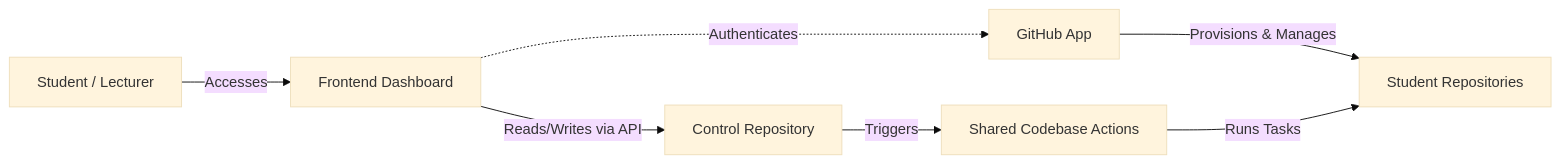
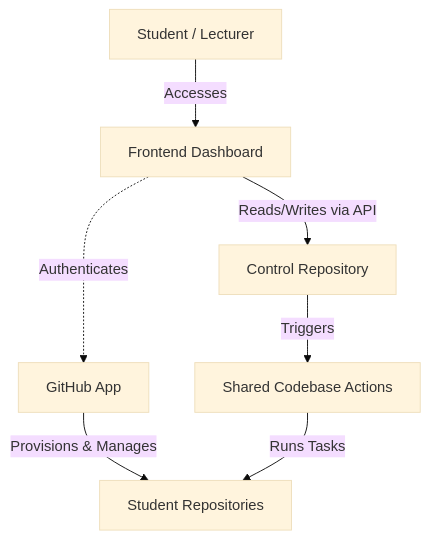
Before and after one commit to PXL-Digital-Application-Samples/pxl-classroom: the diagram in README.md, drawn with Mermaid (base theme).

Commit message:
docs: change architecture diagram to top-down

````diff
--- a/README.md
+++ b/README.md
@@ -9,9 +9,9 @@
 ```mermaid
-graph LR
+graph TD
     User[Student / Lecturer] -->|Accesses| Dashboard[Frontend Dashboard]
     Dashboard -->|Reads/Writes via API| ControlRepo[Control Repository]
     Dashboard -.->|Authenticates| App[GitHub App]
     ControlRepo -->|Triggers| Actions[Shared Codebase Actions]
     App -->|Provisions & Manages| StudentRepos[Student Repositories]
     Actions -->|Runs Tasks| StudentRepos
 ```
````
